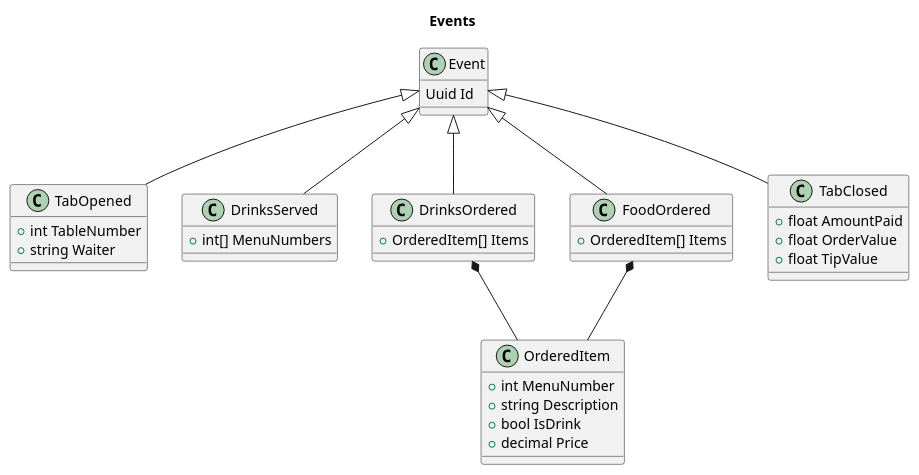
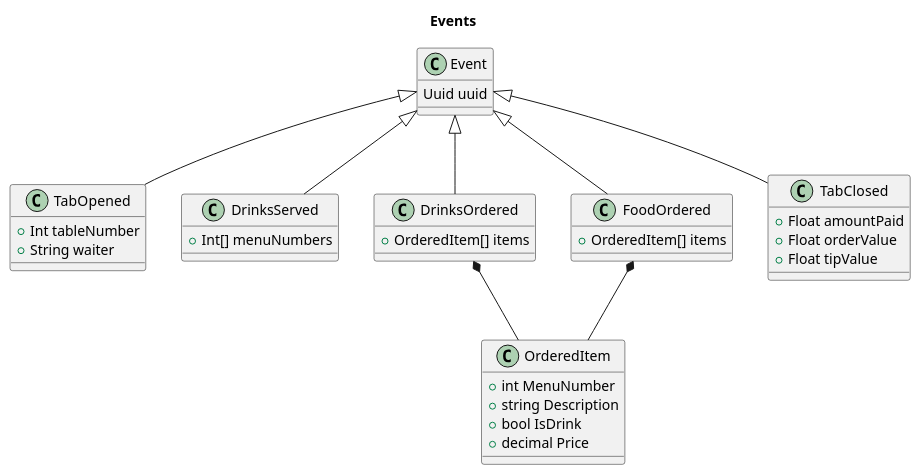
Before and after one commit to lenriquezt/TDD-App: the diagram in docs/puml/events.puml, drawn with PlantUML. The commit also changed 3 other files, not shown here.

```diff
--- a/docs/puml/events.puml
+++ b/docs/puml/events.puml
@@ -1,48 +1,48 @@
 @startuml events
 
 title "Events"
 
 class Event {
-    Uuid Id
+    Uuid uuid
 }
 
 class TabOpened {
-    + int TableNumber
-    + string Waiter
+    + Int tableNumber
+    + String waiter
 }
 
 class DrinksServed {
-    + int[] MenuNumbers
+    + Int[] menuNumbers
 }
 
 class DrinksOrdered {
-    + OrderedItem[] Items
+    + OrderedItem[] items
 }
 
 class FoodOrdered {
-    + OrderedItem[] Items
+    + OrderedItem[] items
 }
 
 class TabClosed {
-    + float AmountPaid
-    + float OrderValue
-    + float TipValue
+    + Float amountPaid
+    + Float orderValue
+    + Float tipValue
 }
 
 Event <|-- TabOpened
 Event <|-- DrinksOrdered
 Event <|-- FoodOrdered
 Event <|-- DrinksServed
 Event <|-- TabClosed
 
 class OrderedItem {
     + int MenuNumber
     + string Description
     + bool IsDrink
     + decimal Price
 }
 
 DrinksOrdered *-- OrderedItem
 FoodOrdered *-- OrderedItem
 
 @enduml
```
